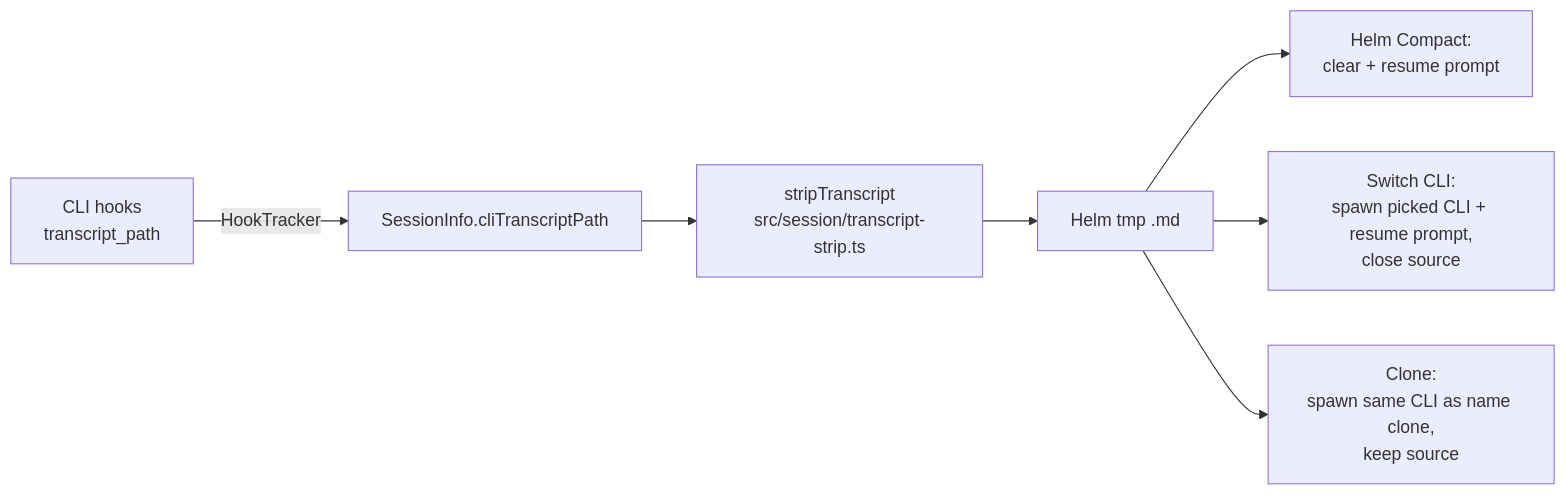
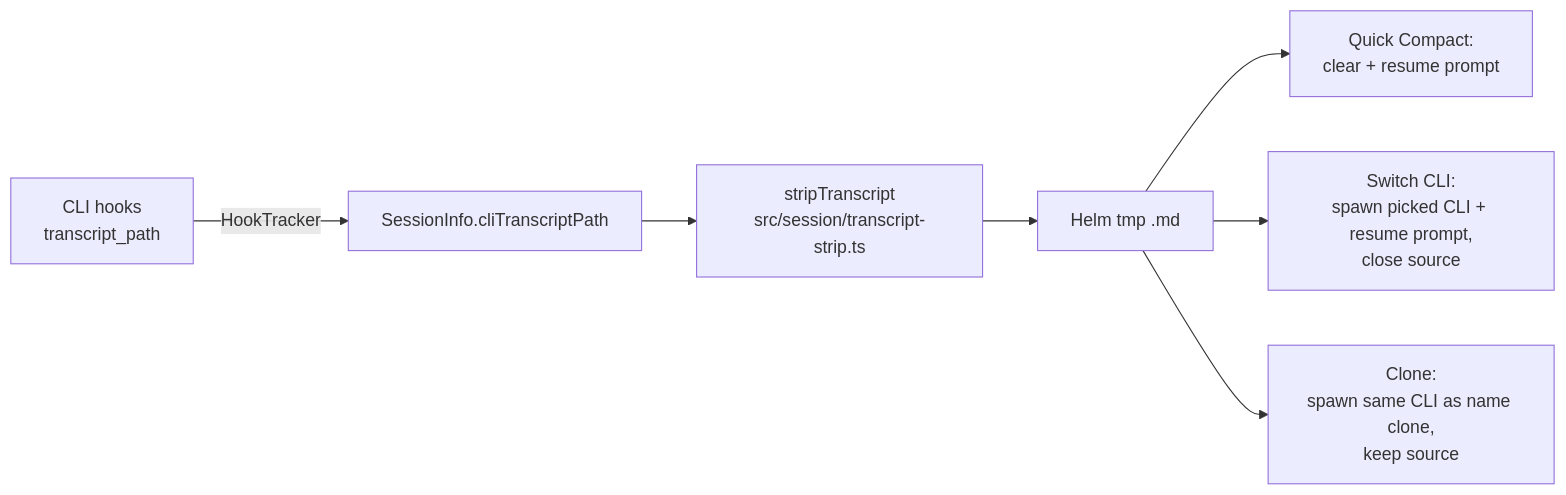
Before and after one commit to PetePeter/helm: the diagram in docs/quick-compact-switch-cli.md, drawn with Mermaid. The commit also changed other lines of this file and 11 other files, not shown here.

First line of the commit message:
refactor(menu): fixed-order session menu groups, Helm Compact -> Quick Compact

````diff
--- a/docs/quick-compact-switch-cli.md
+++ b/docs/quick-compact-switch-cli.md
@@ -11,9 +11,9 @@
 ```mermaid
 graph LR
     H[CLI hooks<br/>transcript_path] -->|HookTracker| S[SessionInfo.cliTranscriptPath]
     S --> X[stripTranscript<br/>src/session/transcript-strip.ts]
     X --> F[Helm tmp .md]
-    F --> C[Helm Compact:<br/>clear + resume prompt]
+    F --> C[Quick Compact:<br/>clear + resume prompt]
     F --> W[Switch CLI:<br/>spawn picked CLI + resume prompt,<br/>close source]
     F --> K[Clone:<br/>spawn same CLI as name clone,<br/>keep source]
 ```
````
